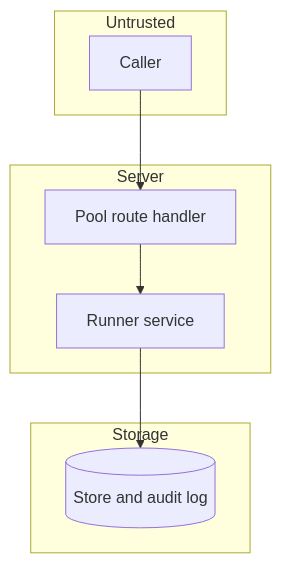
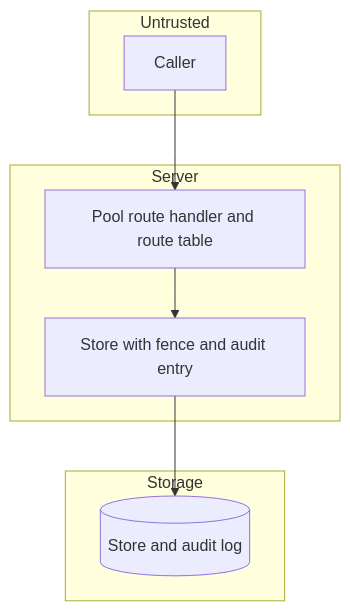
The third of 3 diagrams in openspec/changes/add-e2e-step-runs-real-runner-pool-route-move/design.md (OpenDustpan/OpenDustpan), drawn with Mermaid before and after one commit. The commit also changed other lines of this file and 1 other file, not shown here.

First line of the commit message:
openspec: align the pool route move tasks with the code on main

````diff
--- a/openspec/changes/add-e2e-step-runs-real-runner-pool-route-move/design.md
+++ b/openspec/changes/add-e2e-step-runs-real-runner-pool-route-move/design.md
@@ -59,14 +57,14 @@
 ```mermaid
 flowchart TB
  subgraph Untrusted
  C[Caller]
  end
  subgraph Server
- H[Pool route handler] --> S[Runner service]
+ H[Pool route handler and route table] --> S[Store with fence and audit entry]
  end
  subgraph Storage
  D[(Store and audit log)]
  end
  C --> H
  S --> D
 ```
````
